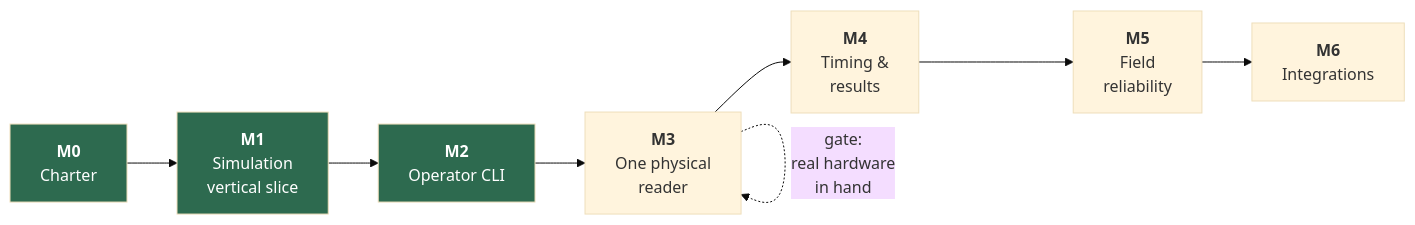
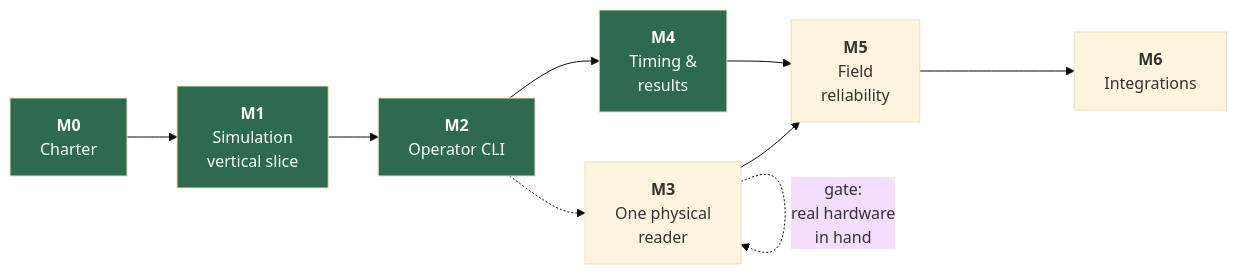
One commit to truppelli/splitforge changed the diagram in docs/roadmap.md. Above: the diagram before and after it, drawn with Mermaid (base theme). The commit also changed other lines of this file and 32 other files, not shown here.

````diff
--- a/docs/roadmap.md
+++ b/docs/roadmap.md
@@ -7,14 +7,16 @@
 ```mermaid
 flowchart LR
     M0["<b>M0</b><br/>Charter"] --> M1["<b>M1</b><br/>Simulation<br/>vertical slice"]
     M1 --> M2["<b>M2</b><br/>Operator CLI"]
-    M2 --> M3["<b>M3</b><br/>One physical<br/>reader"]
-    M3 --> M4["<b>M4</b><br/>Timing &<br/>results"]
+    M2 --> M4["<b>M4</b><br/>Timing &<br/>results"]
+    M2 -.-> M3["<b>M3</b><br/>One physical<br/>reader"]
     M4 --> M5["<b>M5</b><br/>Field<br/>reliability"]
+    M3 --> M5
     M5 --> M6["<b>M6</b><br/>Integrations"]
 
     M3 -.->|"gate:<br/>real hardware<br/>in hand"| M3
     style M0 fill:#2d6a4f,color:#fff
     style M1 fill:#2d6a4f,color:#fff
     style M2 fill:#2d6a4f,color:#fff
+    style M4 fill:#2d6a4f,color:#fff
 ```
````
